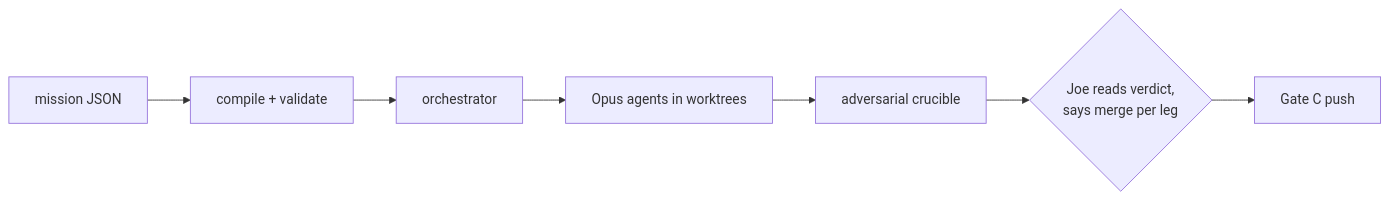
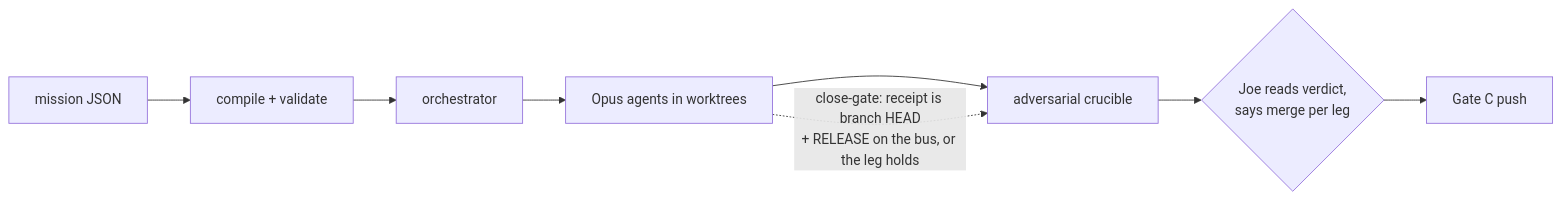
One commit to JosephOIbrahim/Synapse changed the first of 7 diagrams in README.md. Above: the diagram before and after it, drawn with Mermaid. The commit also changed other lines of this file and 2 other files, not shown here.

Commit message:
docs(mermaid): lifecycle diagram gains SESSCOPE boot-scope, harness diagram gains close-gate edge; prompts regenerated clean; morning ops kit in-tree

````diff
--- a/README.md
+++ b/README.md
@@ -29,5 +29,6 @@
 ```mermaid
 flowchart LR
     M[mission JSON] --> C[compile + validate] --> O[orchestrator] --> L[Opus agents in worktrees]
     L --> X[adversarial crucible] --> W{Joe reads verdict,<br>says merge per leg} --> G[Gate C push]
+    L -.->|close-gate: receipt is branch HEAD<br>+ RELEASE on the bus, or the leg holds| X
 ```
````
